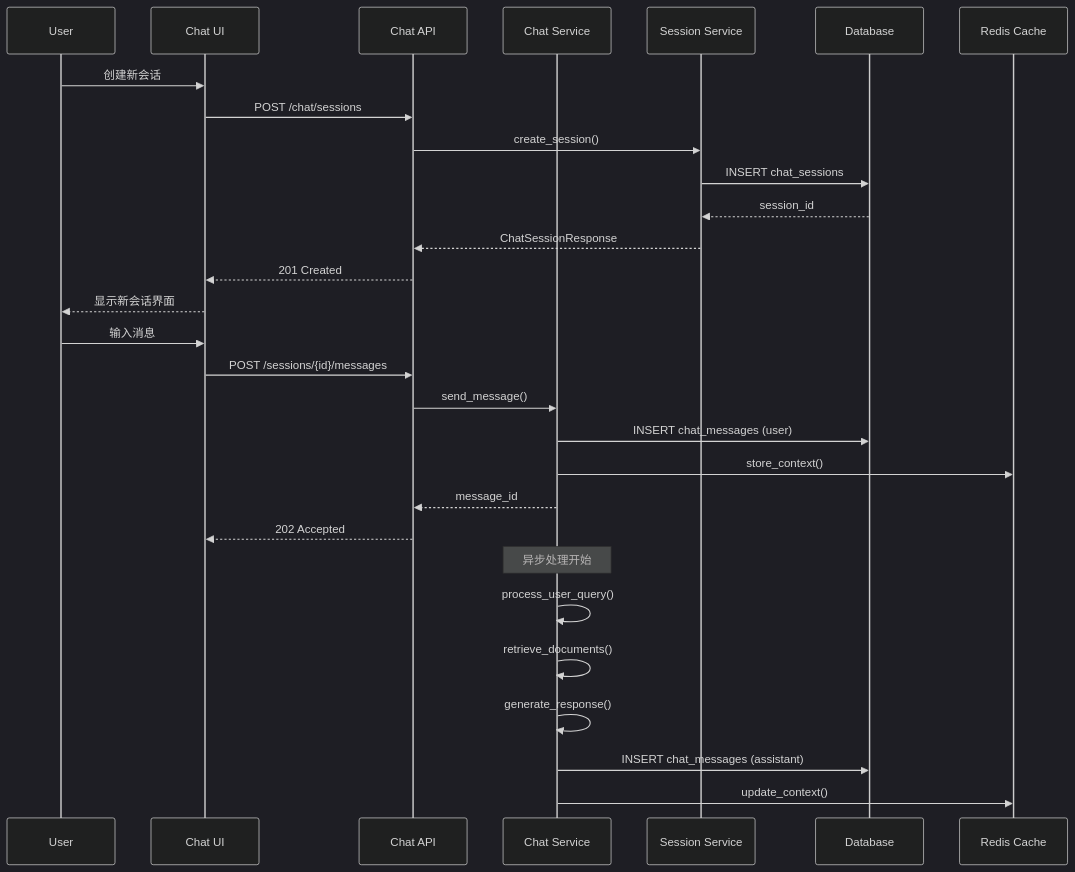
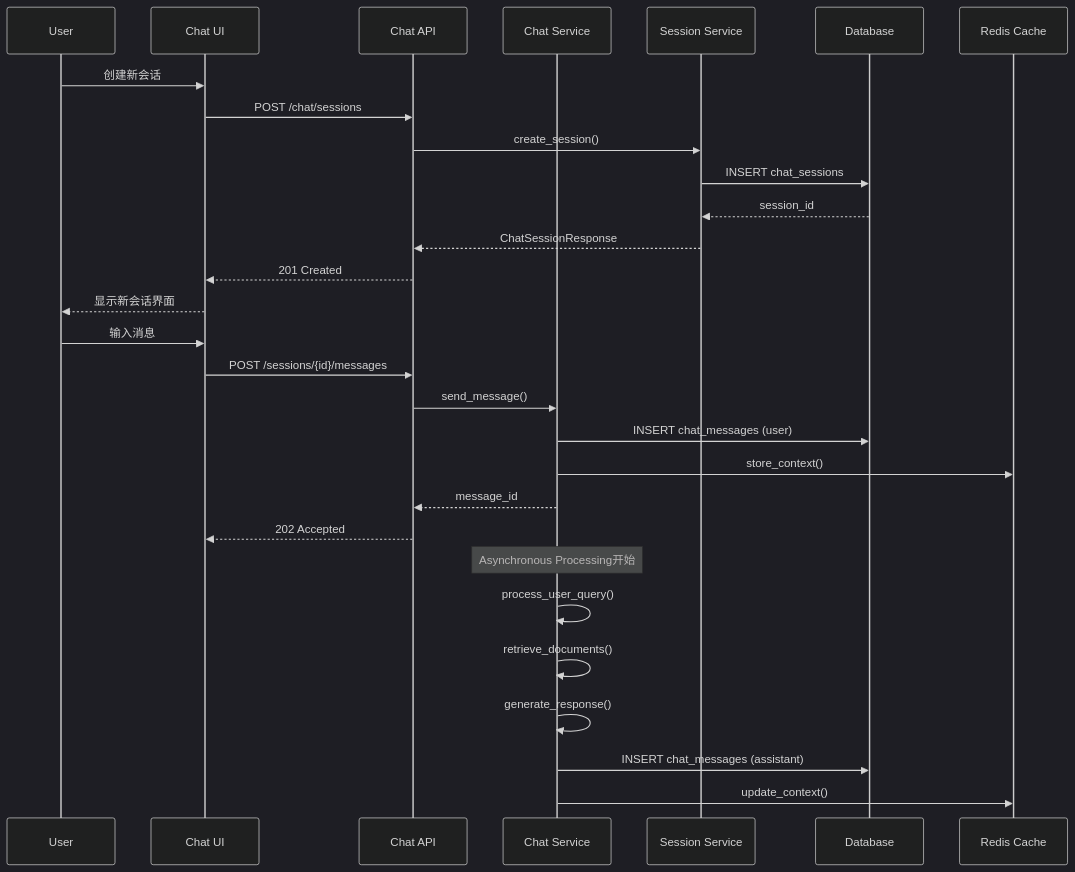
One commit to guangtouwangba/weaver changed the second of 4 diagrams in docs/chat-system-design.md. Above: the diagram before and after it, drawn with Mermaid (dark theme). The commit also changed other lines of this file and 9 other files, not shown here.

Commit message:
Complete translation of SQL schema and key config files

````diff
--- a/docs/chat-system-design.md
+++ b/docs/chat-system-design.md
@@ -594,34 +594,34 @@
 ```mermaid
 sequenceDiagram
     participant U as User
     participant UI as Chat UI
     participant API as Chat API
     participant CS as Chat Service
     participant SS as Session Service
     participant DB as Database
     participant Cache as Redis Cache
 
     U->>UI: 创建新会话
     UI->>API: POST /chat/sessions
     API->>SS: create_session()
     SS->>DB: INSERT chat_sessions
     DB-->>SS: session_id
     SS-->>API: ChatSessionResponse
     API-->>UI: 201 Created
     UI-->>U: 显示新会话界面
 
     U->>UI: 输入消息
     UI->>API: POST /sessions/{id}/messages
     API->>CS: send_message()
     CS->>DB: INSERT chat_messages (user)
     CS->>Cache: store_context()
     CS-->>API: message_id
     API-->>UI: 202 Accepted
     
-    Note over CS: 异步处理开始
+    Note over CS: Asynchronous Processing开始
     CS->>CS: process_user_query()
     CS->>CS: retrieve_documents()
     CS->>CS: generate_response()
     CS->>DB: INSERT chat_messages (assistant)
     CS->>Cache: update_context()
 ```
````
